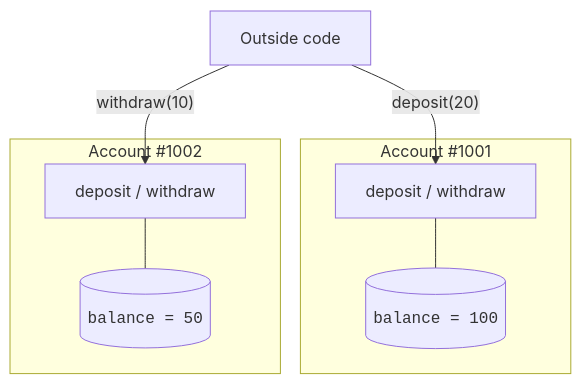
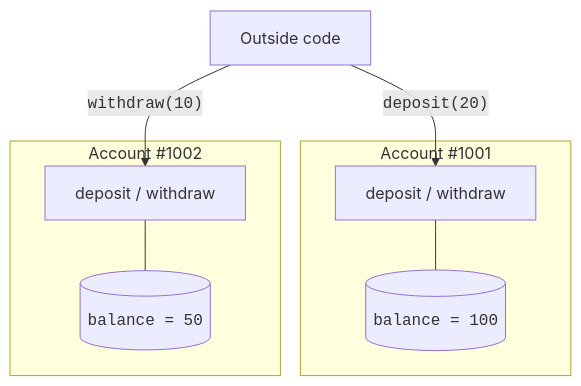
Before and after one commit to dataslope/dataslope: the fifth of 5 diagrams in content/courses/java-programming-for-beginners/birth-of-oop.mdx, drawn with Mermaid. The commit also changed other lines of this file and 103 other files, not shown here.

First line of the commit message:
Mono for code in mermaid labels, and citations for figures and prose (#658)

````diff
--- a/content/courses/java-programming-for-beginners/birth-of-oop.mdx
+++ b/content/courses/java-programming-for-beginners/birth-of-oop.mdx
@@ -246,15 +247,15 @@
 ```mermaid
 flowchart TB
     subgraph A[Account #1001]
         D1[("<code>balance = 100</code>")]
         M1[deposit / withdraw]
         M1 --- D1
     end
     subgraph B[Account #1002]
         D2[("<code>balance = 50</code>")]
         M2[deposit / withdraw]
         M2 --- D2
     end
-    User[Outside code] -- "deposit(20)" --> M1
-    User -- "withdraw(10)" --> M2
+    User[Outside code] -- "<code>deposit(20)</code>" --> M1
+    User -- "<code>withdraw(10)</code>" --> M2
 ```
````
